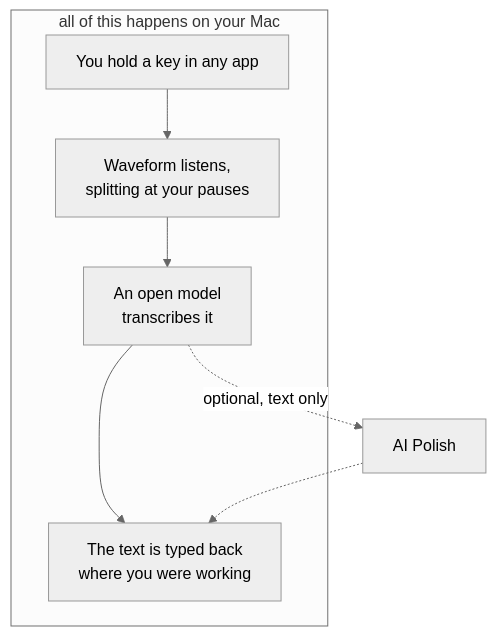
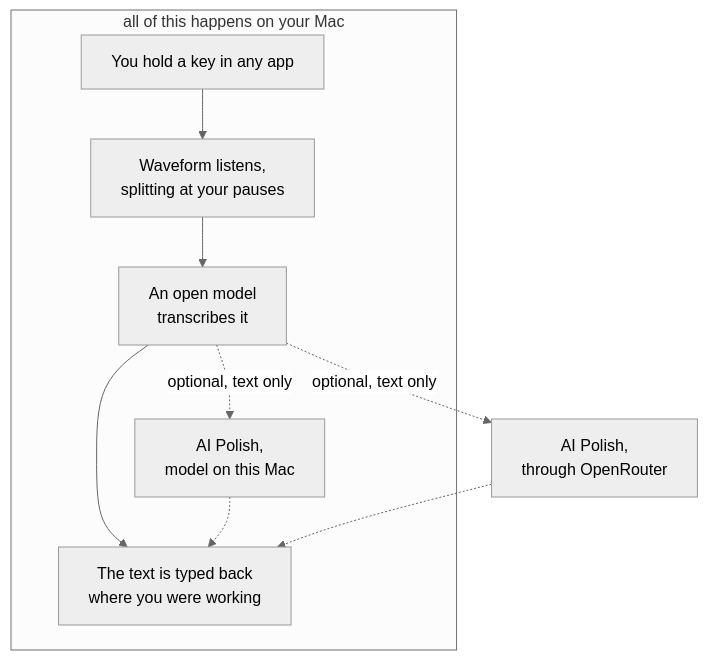
Before and after one commit to vipinsight/waveform: the diagram in README.md, drawn with Mermaid (neutral theme). The commit also changed other lines of this file and 40 other files, not shown here.

First line of the commit message:
Polish on this Mac: a downloadable model beside the hosted one (#26)

````diff
--- a/README.md
+++ b/README.md
@@ -36,11 +37,13 @@
 ```mermaid
 flowchart TD
     subgraph mac["all of this happens on your Mac"]
         key["You hold a key in any app"] --> listen["Waveform listens,<br/>splitting at your pauses"]
         listen --> model["An open model<br/>transcribes it"]
         model --> typed["The text is typed back<br/>where you were working"]
+        model -. "optional, text only" .-> local["AI Polish,<br/>model on this Mac"]
+        local -.-> typed
     end
 
-    model -. "optional, text only" .-> polish["AI Polish"]
+    model -. "optional, text only" .-> polish["AI Polish,<br/>through OpenRouter"]
     polish -.-> typed
 ```
````
